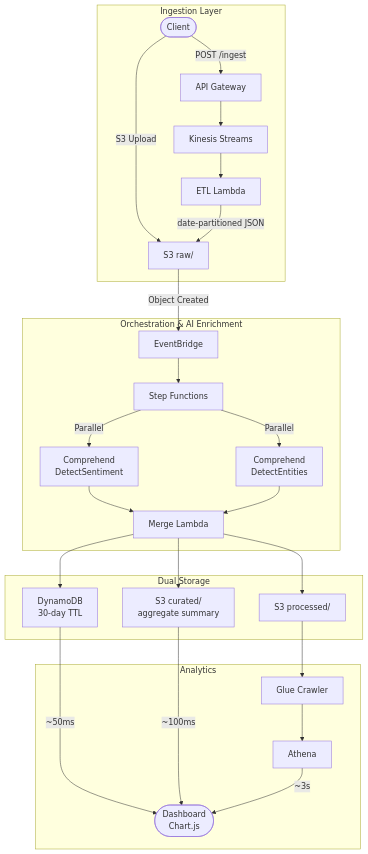
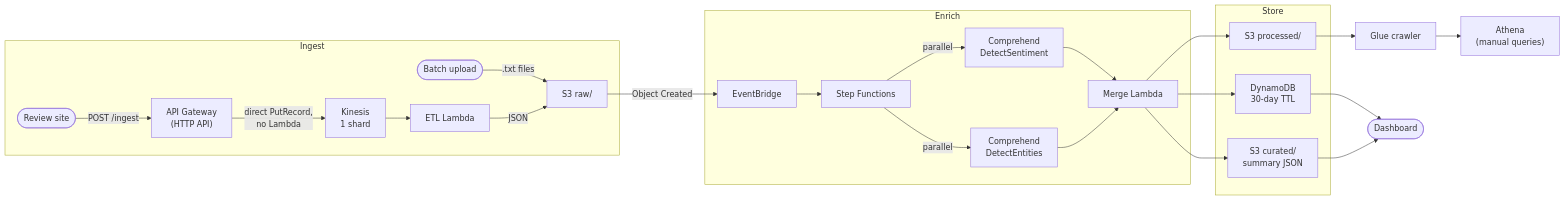
One commit to CloudMikey/ai-dp changed the diagram in README.md. Above: the diagram before and after it, drawn with Mermaid. The commit also changed other lines of this file, not shown here.

````diff
--- a/README.md
+++ b/README.md
@@ -30,33 +9,29 @@
 ```mermaid
-flowchart TD
-    subgraph Ingestion["Ingestion Layer"]
-        Client(["Client"]) -->|"POST /ingest"| APIGW["API Gateway"]
-        Client -->|"S3 Upload"| S3Raw["S3 raw/"]
-        APIGW --> Kinesis["Kinesis Streams"]
+flowchart LR
+    subgraph Ingest
+        Client(["Review site"]) -->|"POST /ingest"| APIGW["API Gateway<br/>(HTTP API)"]
+        APIGW -->|"direct PutRecord,<br/>no Lambda"| Kinesis["Kinesis<br/>1 shard"]
         Kinesis --> ETL["ETL Lambda"]
-        ETL -->|"date-partitioned JSON"| S3Raw
+        Uploader(["Batch upload"]) -->|".txt files"| Raw
+        ETL -->|"JSON"| Raw["S3 raw/"]
     end
 
-    subgraph Enrichment["Orchestration & AI Enrichment"]
-        S3Raw -->|"Object Created"| EB["EventBridge"]
-        EB --> SF["Step Functions"]
-        SF -->|"Parallel"| Sentiment["Comprehend\nDetectSentiment"]
-        SF -->|"Parallel"| Entities["Comprehend\nDetectEntities"]
-        Sentiment --> Merge["Merge Lambda"]
-        Entities --> Merge
+    subgraph Enrich
+        Raw -->|"Object Created"| EB["EventBridge"]
+        EB --> SFN["Step Functions"]
+        SFN -->|"parallel"| Sent["Comprehend<br/>DetectSentiment"]
+        SFN -->|"parallel"| Ent["Comprehend<br/>DetectEntities"]
+        Sent --> Merge["Merge Lambda"]
+        Ent --> Merge
     end
 
-    subgraph Storage["Dual Storage"]
-        Merge --> S3P["S3 processed/"]
-        Merge --> DDB["DynamoDB\n30-day TTL"]
-        Merge --> S3C["S3 curated/\naggregate summary"]
+    subgraph Store
+        Merge --> Proc["S3 processed/"]
+        Merge --> DDB["DynamoDB<br/>30-day TTL"]
+        Merge --> Cur["S3 curated/<br/>summary JSON"]
     end
 
-    subgraph Analytics["Analytics"]
-        S3P --> Glue["Glue Crawler"]
-        Glue --> Athena["Athena"]
-        DDB -->|"~50ms"| Dash(["Dashboard\nChart.js"])
-        S3C -->|"~100ms"| Dash
-        Athena -->|"~3s"| Dash
-    end
+    Proc --> Glue["Glue crawler"] --> Athena["Athena<br/>(manual queries)"]
+    DDB --> Dash(["Dashboard"])
+    Cur --> Dash
 ```
````
